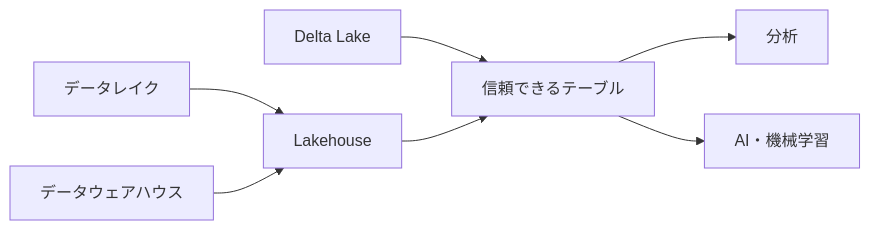
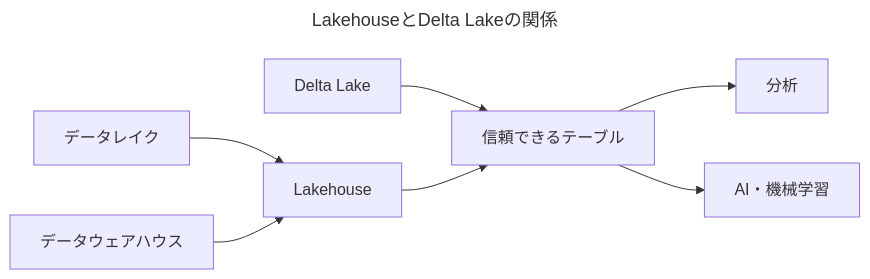
One commit to yuyuyu0706/quiz-practice changed the diagram in dea-audio-learn/audio-scripts/dea-dip-002.md. Above: the diagram before and after it, drawn with Mermaid. The commit also changed 7 other files, not shown here.

Commit message:
Implement safe Mermaid diagrams for audio learn

````diff
--- a/dea-audio-learn/audio-scripts/dea-dip-002.md
+++ b/dea-audio-learn/audio-scripts/dea-dip-002.md
@@ -45,9 +45,14 @@
 ```mermaid
+---
+title: LakehouseとDelta Lakeの関係
+---
 flowchart LR
+  accTitle: LakehouseとDelta Lakeの関係
+  accDescr: データレイクとデータウェアハウスの課題をLakehouseが受け止め、Delta Lakeが信頼できるテーブルを支える関係を示します。
   DataLake[データレイク] --> Lakehouse[Lakehouse]
   DWH[データウェアハウス] --> Lakehouse
   Delta[Delta Lake] --> ReliableTable[信頼できるテーブル]
   Lakehouse --> ReliableTable
   ReliableTable --> Analyze[分析]
   ReliableTable --> AI[AI・機械学習]
 ```
````
